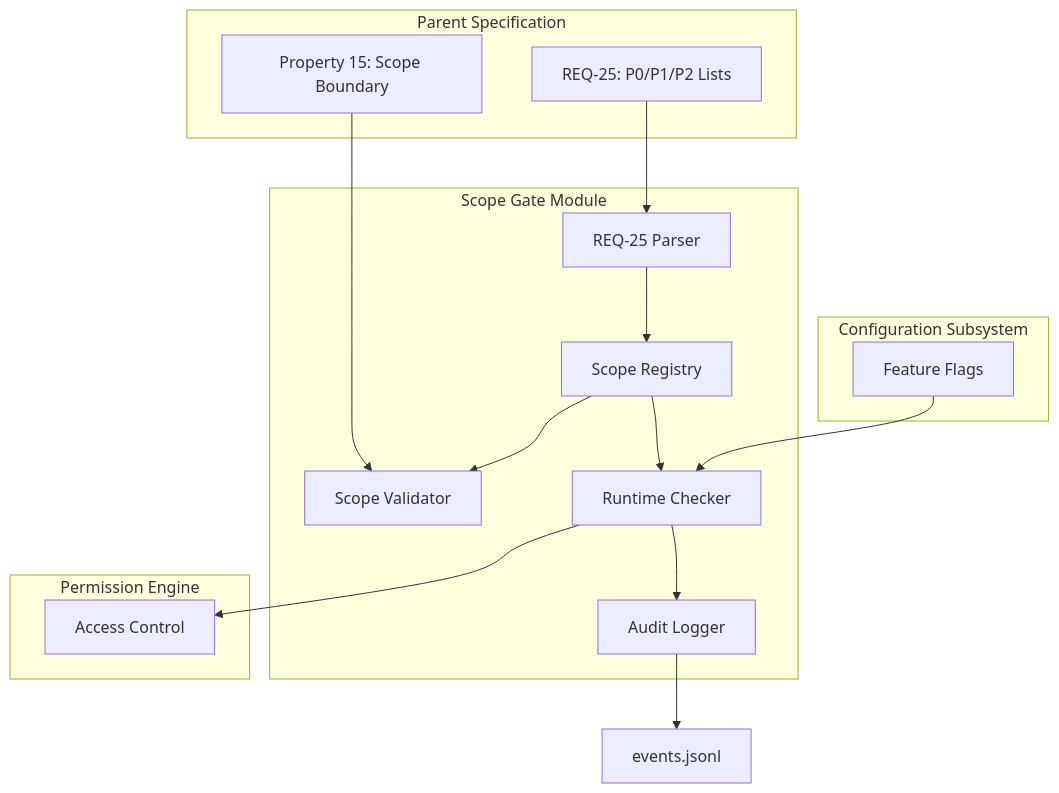
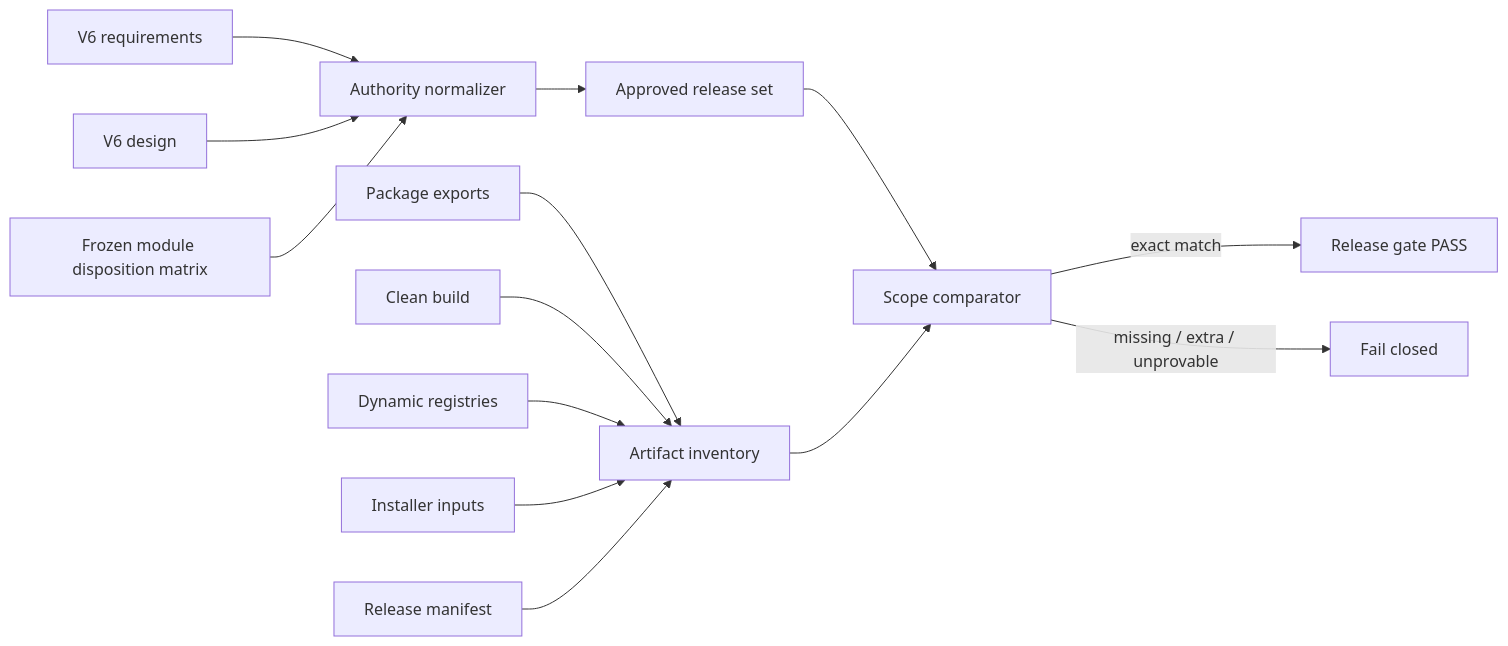
Before and after one commit to lyqstart/SpecForge: the diagram in .kiro/specs/scope-gate/design.md, drawn with Mermaid. The commit also changed other lines of this file and 856 other files, not shown here.

Commit message:
refactor(architecture): converge current release boundary

````diff
--- a/.kiro/specs/scope-gate/design.md
+++ b/.kiro/specs/scope-gate/design.md
@@ -23,36 +12,18 @@
 ```mermaid
-flowchart TB
-    subgraph Parent["Parent Specification"]
-        REQ25["REQ-25: P0/P1/P2 Lists"]
-        Prop15["Property 15: Scope Boundary"]
-    end
-    
-    subgraph ScopeGate["Scope Gate Module"]
-        Parser["REQ-25 Parser"]
-        Registry["Scope Registry"]
-        Validator["Scope Validator"]
-        Checker["Runtime Checker"]
-        Auditor["Audit Logger"]
-    end
-    
-    subgraph Config["Configuration Subsystem"]
-        FeatureFlags["Feature Flags"]
-    end
-    
-    subgraph Permission["Permission Engine"]
-        AccessControl["Access Control"]
-    end
-    
-    REQ25 --> Parser
-    Prop15 --> Validator
-    
-    Parser --> Registry
-    Registry --> Validator
-    Registry --> Checker
-    
-    FeatureFlags --> Checker
-    Checker --> AccessControl
-    Checker --> Auditor
-    
-    Auditor --> Events["events.jsonl"]
+flowchart LR
+  REQ["V6 requirements"] --> NORM["Authority normalizer"]
+  DES["V6 design"] --> NORM
+  MATRIX["Frozen module disposition matrix"] --> NORM
+  NORM --> APPROVED["Approved release set"]
+
+  EXPORTS["Package exports"] --> INVENTORY["Artifact inventory"]
+  BUILD["Clean build"] --> INVENTORY
+  REG["Dynamic registries"] --> INVENTORY
+  INSTALL["Installer inputs"] --> INVENTORY
+  MANIFEST["Release manifest"] --> INVENTORY
+
+  APPROVED --> COMPARE["Scope comparator"]
+  INVENTORY --> COMPARE
+  COMPARE -->|"exact match"| PASS["Release gate PASS"]
+  COMPARE -->|"missing / extra / unprovable"| FAIL["Fail closed"]
 ```
````
